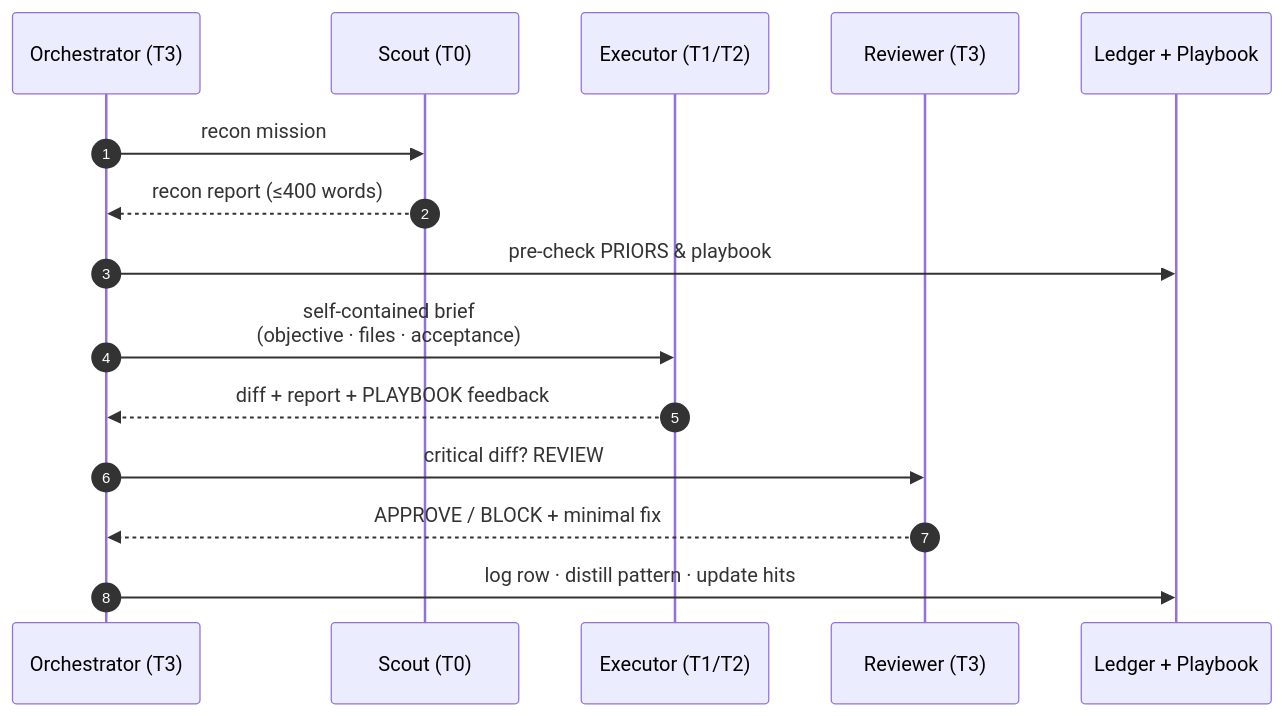
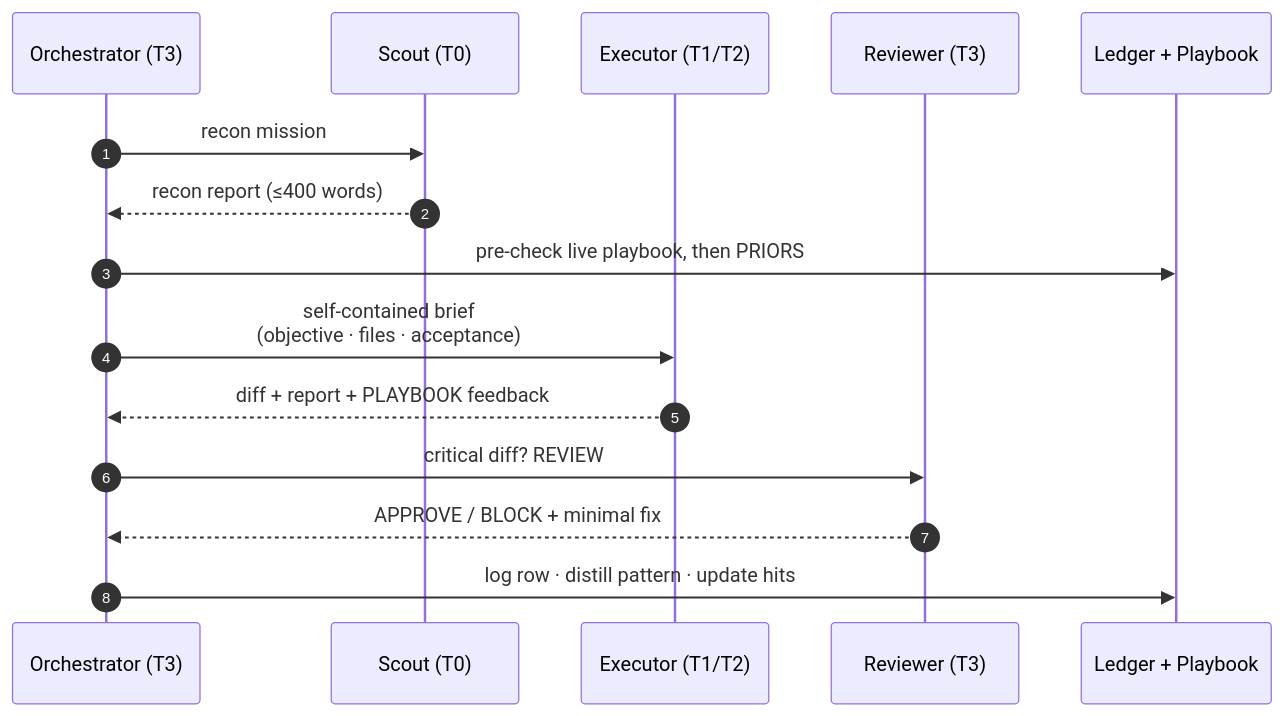
Before and after one commit to alebgl77/tierdecay: the second of 3 diagrams in README.md, drawn with Mermaid. The commit also changed other lines of this file and 19 other files, not shown here.

````diff
--- a/README.md
+++ b/README.md
@@ -85,17 +85,17 @@
 ```mermaid
 sequenceDiagram
     autonumber
     participant O as Orchestrator (T3)
     participant S as Scout (T0)
     participant E as Executor (T1/T2)
     participant R as Reviewer (T3)
     participant L as Ledger + Playbook
     O->>S: recon mission
     S-->>O: recon report (≤400 words)
-    O->>L: pre-check PRIORS & playbook
+    O->>L: pre-check live playbook, then PRIORS
     O->>E: self-contained brief<br/>(objective · files · acceptance)
     E-->>O: diff + report + PLAYBOOK feedback
     O->>R: critical diff? REVIEW
     R-->>O: APPROVE / BLOCK + minimal fix
     O->>L: log row · distill pattern · update hits
 ```
````
